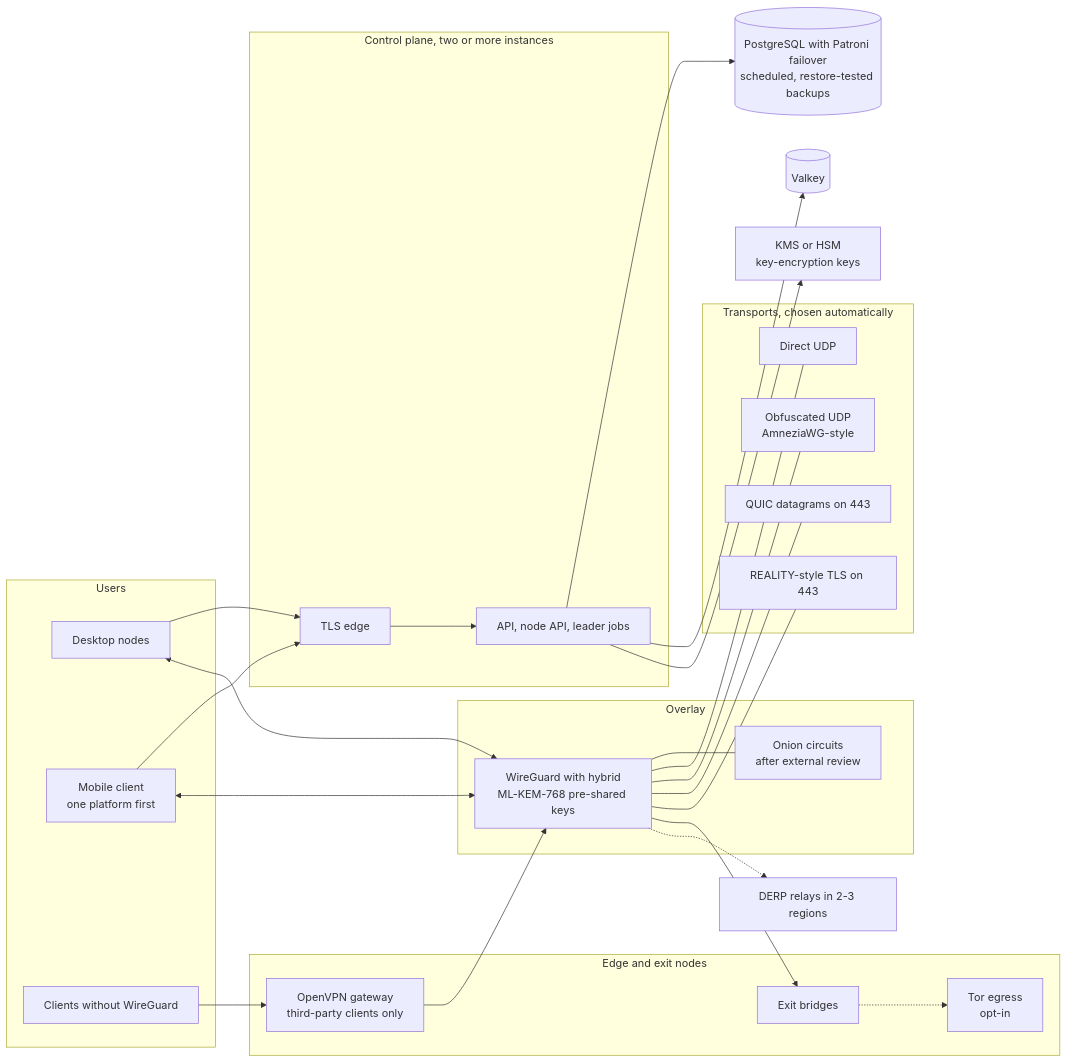
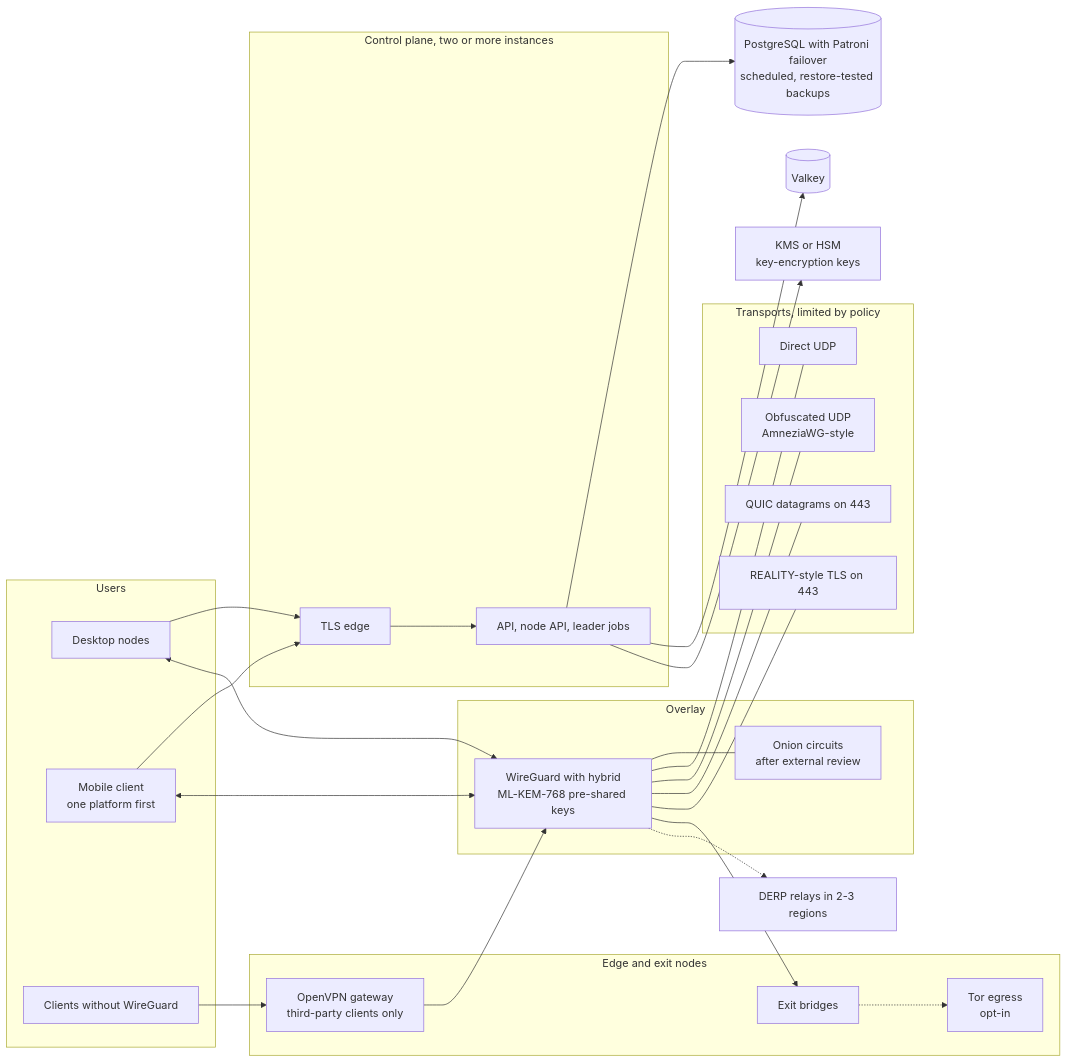
Before and after one commit to Mohamed-DN/neronet-proxy: the second of 2 diagrams in README.md, drawn with Mermaid. The commit also changed other lines of this file and 3 other files, not shown here.

````diff
--- a/README.md
+++ b/README.md
@@ -108,55 +145,55 @@
 ```mermaid
 flowchart LR
   subgraph users["Users"]
     desk["Desktop nodes"]
     mobile["Mobile client<br/>one platform first"]
     legacy["Clients without WireGuard"]
   end
 
   subgraph cp["Control plane, two or more instances"]
     tls["TLS edge"]
     api["API, node API, leader jobs"]
   end
 
   pg[("PostgreSQL with Patroni failover<br/>scheduled, restore-tested backups")]
   vk[("Valkey")]
   kms["KMS or HSM<br/>key-encryption keys"]
 
   subgraph mesh["Overlay"]
     wg["WireGuard with hybrid<br/>ML-KEM-768 pre-shared keys"]
     onion["Onion circuits<br/>after external review"]
   end
 
-  subgraph transports["Transports, chosen automatically"]
+  subgraph transports["Transports, limited by policy"]
     udp["Direct UDP"]
     awg["Obfuscated UDP<br/>AmneziaWG-style"]
     quic["QUIC datagrams on 443"]
     reality["REALITY-style TLS on 443"]
   end
 
   subgraph edges["Edge and exit nodes"]
     ovpn["OpenVPN gateway<br/>third-party clients only"]
     exit["Exit bridges"]
     tor["Tor egress<br/>opt-in"]
   end
 
   derp["DERP relays in 2-3 regions"]
 
   desk --> tls
   mobile --> tls
   tls --> api
   api --> pg
   api --> vk
   api --> kms
   desk <--> wg
   mobile <--> wg
   wg --- onion
   wg --- udp
   wg --- awg
   wg --- quic
   wg --- reality
   legacy --> ovpn --> wg
   wg --> exit
   exit -.-> tor
   wg -.-> derp
 ```
````
